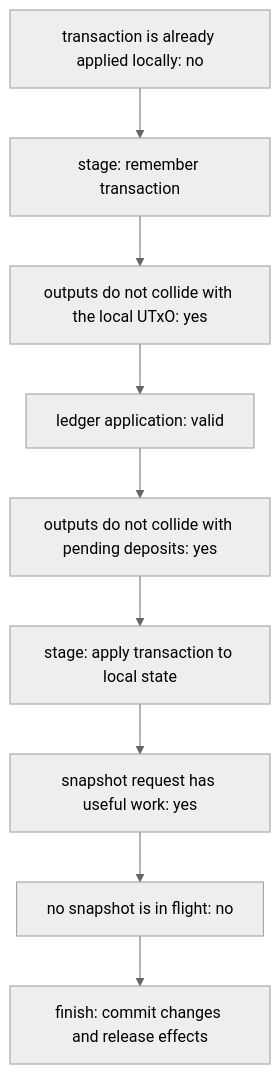
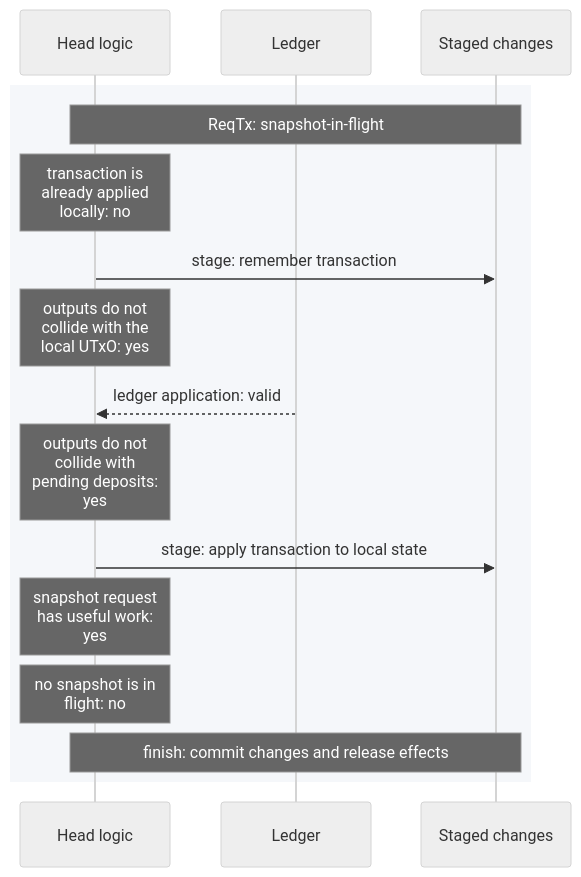
One commit to cardano-scaling/hydra changed the diagram in docs/docs/dev/architecture/head-logic-traces/snapshot-in-flight.mmd. Above: the diagram before and after it, drawn with Mermaid (neutral theme). The commit also changed 25 other files, not shown here.

Commit message:
re-org diagrams

```diff
--- a/docs/docs/dev/architecture/head-logic-traces/snapshot-in-flight.mmd
+++ b/docs/docs/dev/architecture/head-logic-traces/snapshot-in-flight.mmd
@@ -1,18 +1,17 @@
-flowchart TD
-  n0["transaction is already applied locally: no"]
-  n1["stage: remember transaction"]
-  n2["outputs do not collide with the local UTxO: yes"]
-  n3["ledger application: valid"]
-  n4["outputs do not collide with pending deposits: yes"]
-  n5["stage: apply transaction to local state"]
-  n6["snapshot request has useful work: yes"]
-  n7["no snapshot is in flight: no"]
-  n8["finish: commit changes and release effects"]
-  n0 --> n1
-  n1 --> n2
-  n2 --> n3
-  n3 --> n4
-  n4 --> n5
-  n5 --> n6
-  n6 --> n7
-  n7 --> n8
+%%{init: {"sequence": {"wrap": true}}}%%
+sequenceDiagram
+  participant logic as Head logic
+  participant ledger as Ledger
+  participant changes as Staged changes
+  rect rgb(245, 247, 250)
+    Note over logic,changes: ReqTx: snapshot-in-flight
+    Note over logic: transaction is already applied locally: no
+    logic->>changes: stage: remember transaction
+    Note over logic: outputs do not collide with the local UTxO: yes
+    ledger-->>logic: ledger application: valid
+    Note over logic: outputs do not collide with pending deposits: yes
+    logic->>changes: stage: apply transaction to local state
+    Note over logic: snapshot request has useful work: yes
+    Note over logic: no snapshot is in flight: no
+    Note over logic,changes: finish: commit changes and release effects
+  end
```
